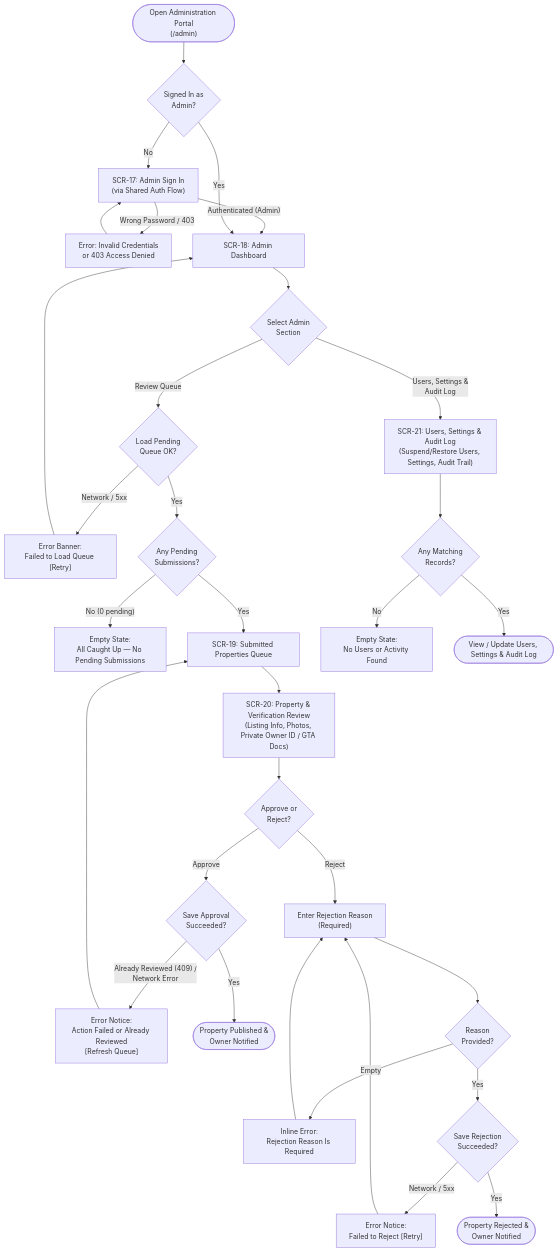
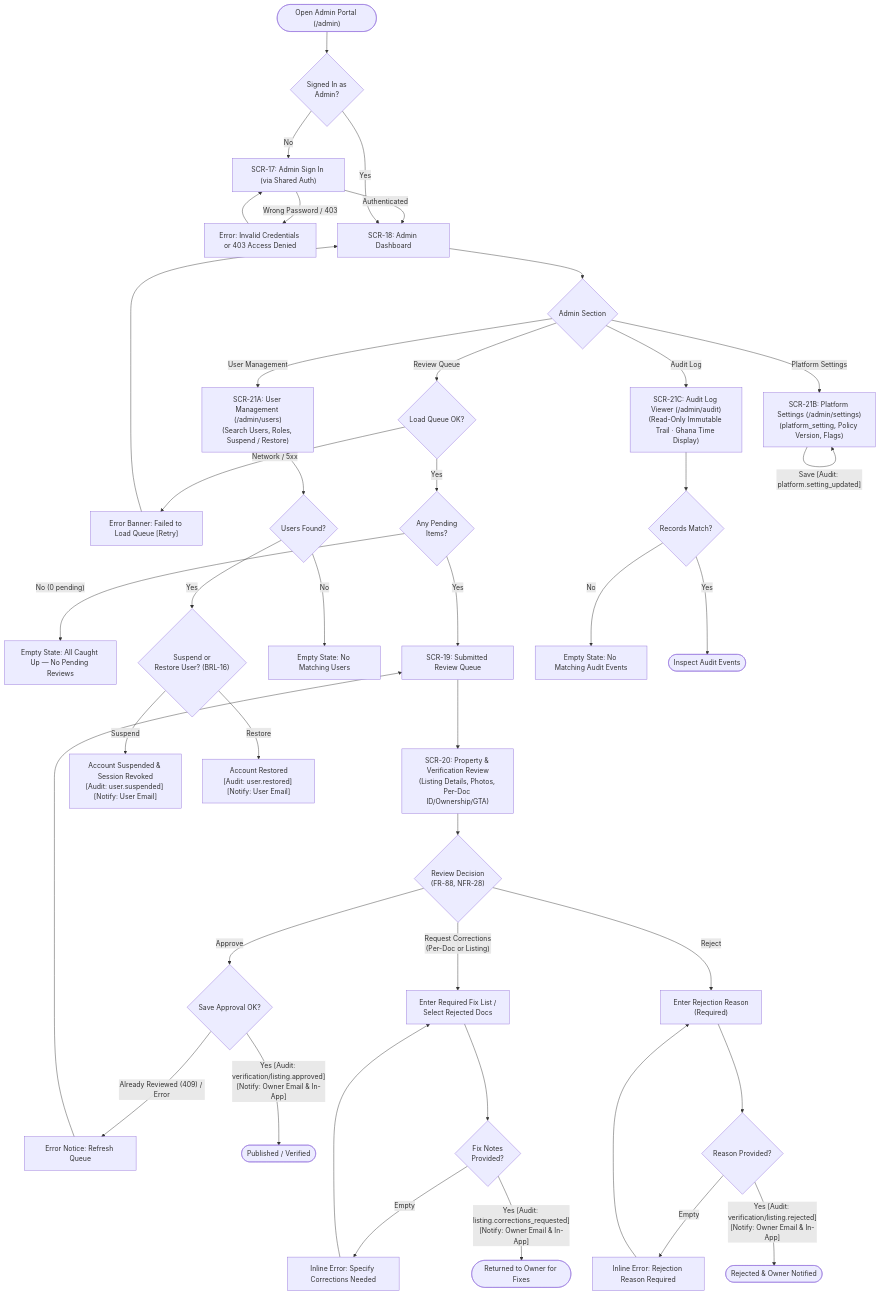
The fourth of 5 diagrams in docs/design/user-flows.md (ObboyeBossman/findstay), drawn with Mermaid before and after one commit. The commit also changed other lines of this file and 1 other file, not shown here.

Commit message:
docs(s1-01-t3): add user flow diagrams, screen inventory, and state/API/audit matrices (#27)

````diff
--- a/docs/design/user-flows.md
+++ b/docs/design/user-flows.md
@@ -187,43 +272,55 @@
 ```mermaid
 flowchart TD
-    Start(["Open Administration Portal<br/>(/admin)"]) --> AuthCheck{"Signed In as<br/>Admin?"}
-    AuthCheck -- "No" --> SCR17["SCR-17: Admin Sign In<br/>(via Shared Auth Flow)"]
-    SCR17 -- "Wrong Password / 403" --> ErrAdminAuth["Error: Invalid Credentials<br/>or 403 Access Denied"]
-    ErrAdminAuth --> SCR17
-    SCR17 -- "Authenticated (Admin)" --> SCR18
+    Start(["Open Admin Portal (/admin)"]) --> AuthCheck{"Signed In as<br/>Admin?"}
+    AuthCheck -- "No" --> SCR17["SCR-17: Admin Sign In (via Shared Auth)"]
+    SCR17 -- "Wrong Password / 403" --> ErrAdmin["Error: Invalid Credentials or 403 Access Denied"]
+    ErrAdmin --> SCR17
+    SCR17 -- "Authenticated" --> SCR18
 
     AuthCheck -- "Yes" --> SCR18["SCR-18: Admin Dashboard"]
-    SCR18 --> AdminSection{"Select Admin<br/>Section"}
+    SCR18 --> AdminNav{"Admin Section"}
 
-    %% Property & Verification Review Queue (S1-15)
-    AdminSection -- "Review Queue" --> QueueLoad{"Load Pending<br/>Queue OK?"}
-    QueueLoad -- "Network / 5xx" --> ErrQueue["Error Banner:<br/>Failed to Load Queue [Retry]"]
-    ErrQueue --> SCR18
+    %% Review Queue (S1-15)
+    AdminNav -- "Review Queue" --> QLoad{"Load Queue OK?"}
+    QLoad -- "Network / 5xx" --> ErrQ["Error Banner: Failed to Load Queue [Retry]"]
+    ErrQ --> SCR18
+    QLoad -- "Yes" --> QEmpty{"Any Pending<br/>Items?"}
+    QEmpty -- "No (0 pending)" --> EmptyQ["Empty State: All Caught Up — No Pending Reviews"]
+    QEmpty -- "Yes" --> SCR19["SCR-19: Submitted Review Queue"]
 
-    QueueLoad -- "Yes" --> QueueEmpty{"Any Pending<br/>Submissions?"}
-    QueueEmpty -- "No (0 pending)" --> EmptyQueue["Empty State:<br/>All Caught Up — No Pending Submissions"]
-    QueueEmpty -- "Yes" --> SCR19["SCR-19: Submitted Properties Queue"]
+    SCR19 --> SCR20["SCR-20: Property & Verification Review<br/>(Listing Details, Photos, Per-Doc ID/Ownership/GTA)"]
+    SCR20 --> Decision{"Review Decision<br/>(FR-88, NFR-28)"}
 
-    SCR19 --> SCR20["SCR-20: Property & Verification Review<br/>(Listing Info, Photos, Private Owner ID / GTA Docs)"]
-    SCR20 --> Decision{"Approve or<br/>Reject?"}
+    Decision -- "Approve" --> AppSave{"Save Approval OK?"}
+    AppSave -- "Already Reviewed (409) / Error" --> ErrApp["Error Notice: Refresh Queue"]
+    ErrApp --> SCR19
+    AppSave -- "Yes [Audit: verification/listing.approved]<br/>[Notify: Owner Email & In-App]" --> Approved(["Published / Verified"])
 
-    Decision -- "Approve" --> ApproveSave{"Save Approval<br/>Succeeded?"}
-    ApproveSave -- "Already Reviewed (409) /<br/>Network Error" --> ErrApprove["Error Notice:<br/>Action Failed or Already Reviewed<br/>[Refresh Queue]"]
-    ErrApprove --> SCR19
-    ApproveSave -- "Yes" --> Approved(["Property Published &<br/>Owner Notified"])
+    Decision -- "Request Corrections<br/>(Per-Doc or Listing)" --> FixList["Enter Required Fix List /<br/>Select Rejected Docs"]
+    FixList --> FixValid{"Fix Notes<br/>Provided?"}
+    FixValid -- "Empty" --> ErrFix["Inline Error: Specify Corrections Needed"]
+    ErrFix --> FixList
+    FixValid -- "Yes [Audit: listing.corrections_requested]<br/>[Notify: Owner Email & In-App]" --> Returned(["Returned to Owner for Fixes"])
 
-    Decision -- "Reject" --> RejectInput["Enter Rejection Reason<br/>(Required)"]
-    RejectInput --> ReasonValid{"Reason<br/>Provided?"}
-    ReasonValid -- "Empty" --> ErrReason["Inline Error:<br/>Rejection Reason Is Required"]
-    ErrReason --> RejectInput
-    ReasonValid -- "Yes" --> RejectSave{"Save Rejection<br/>Succeeded?"}
-    RejectSave -- "Network / 5xx" --> ErrReject["Error Notice:<br/>Failed to Reject [Retry]"]
-    ErrReject --> RejectInput
-    RejectSave -- "Yes" --> Rejected(["Property Rejected &<br/>Owner Notified"])
+    Decision -- "Reject" --> RejReason["Enter Rejection Reason<br/>(Required)"]
+    RejReason --> RejValid{"Reason Provided?"}
+    RejValid -- "Empty" --> ErrRej["Inline Error: Rejection Reason Required"]
+    ErrRej --> RejReason
+    RejValid -- "Yes [Audit: verification/listing.rejected]<br/>[Notify: Owner Email & In-App]" --> Rejected(["Rejected & Owner Notified"])
 
-    %% Users, Platform Settings & Audit Log (S1-08, S1-16)
-    AdminSection -- "Users, Settings &<br/>Audit Log" --> SCR21["SCR-21: Users, Settings & Audit Log<br/>(Suspend/Restore Users, Settings, Audit Trail)"]
-    SCR21 --> UsersEmpty{"Any Matching<br/>Records?"}
-    UsersEmpty -- "No" --> EmptyUsers["Empty State:<br/>No Users or Activity Found"]
-    UsersEmpty -- "Yes" --> UsersDone(["View / Update Users, Settings & Audit Log"])
+    %% Split SCR-21 into 21A, 21B, 21C
+    AdminNav -- "User Management" --> SCR21A["SCR-21A: User Management (/admin/users)<br/>(Search Users, Roles, Suspend / Restore)"]
+    SCR21A --> UserEmpty{"Users Found?"}
+    UserEmpty -- "No" --> EmptyU["Empty State: No Matching Users"]
+    UserEmpty -- "Yes" --> UserAct{"Suspend or<br/>Restore User? (BRL-16)"}
+    UserAct -- "Suspend" --> SuspOK["Account Suspended & Session Revoked<br/>[Audit: user.suspended] [Notify: User Email]"]
+    UserAct -- "Restore" --> RestOK["Account Restored<br/>[Audit: user.restored] [Notify: User Email]"]
+
+    AdminNav -- "Platform Settings" --> SCR21B["SCR-21B: Platform Settings (/admin/settings)<br/>(platform_setting, Policy Version, Flags)"]
+    SCR21B -- "Save [Audit: platform.setting_updated]" --> SCR21B
+
+    AdminNav -- "Audit Log" --> SCR21C["SCR-21C: Audit Log Viewer (/admin/audit)<br/>(Read-Only Immutable Trail · Ghana Time Display)"]
+    SCR21C --> AuditEmpty{"Records Match?"}
+    AuditEmpty -- "No" --> EmptyA["Empty State: No Matching Audit Events"]
+    AuditEmpty -- "Yes" --> AuditList(["Inspect Audit Events"])
 ```
````
